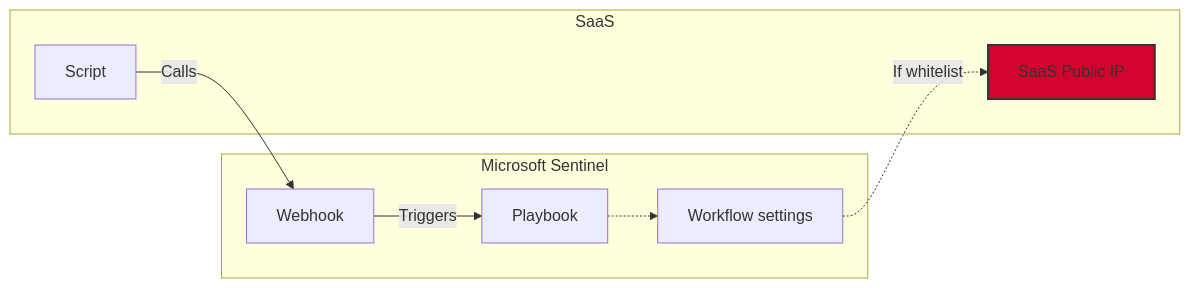
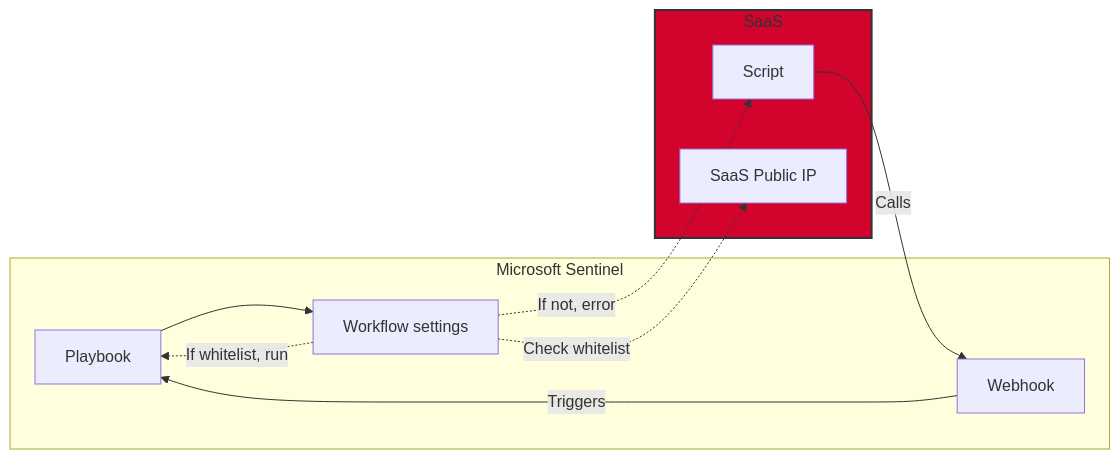
Before and after one commit to lnfernux/lnfernux.github.io: the third of 3 diagrams in _posts/2022-10-26-MicrosoftSentinel-IPWhitelisting.md, drawn with Mermaid.

Commit message:
update mermaid

````diff
--- a/_posts/2022-10-26-MicrosoftSentinel-IPWhitelisting.md
+++ b/_posts/2022-10-26-MicrosoftSentinel-IPWhitelisting.md
@@ -75,17 +75,19 @@
 ```mermaid
 graph LR
     subgraph "Microsoft Sentinel"
     P[Playbook]
     T[Webhook]
     T --> |Triggers| P
     W[Workflow settings]
-    P -.->  W 
+    P -->  W 
     end
     subgraph "SaaS"
     S[Script]
     PIP[SaaS Public IP]
     end
     S --> |Calls| T
-    W -.-> |If whitelist| PIP
-    style PIP fill:#D2042D,stroke:#333,stroke-width:2px
+    W -.-> |Check whitelist| PIP
+    style SaaS fill:#D2042D,stroke:#333,stroke-width:2px
+    W -.-> |If whitelist, run| P
+    W -.-> |If not, error| S
 ```
````
